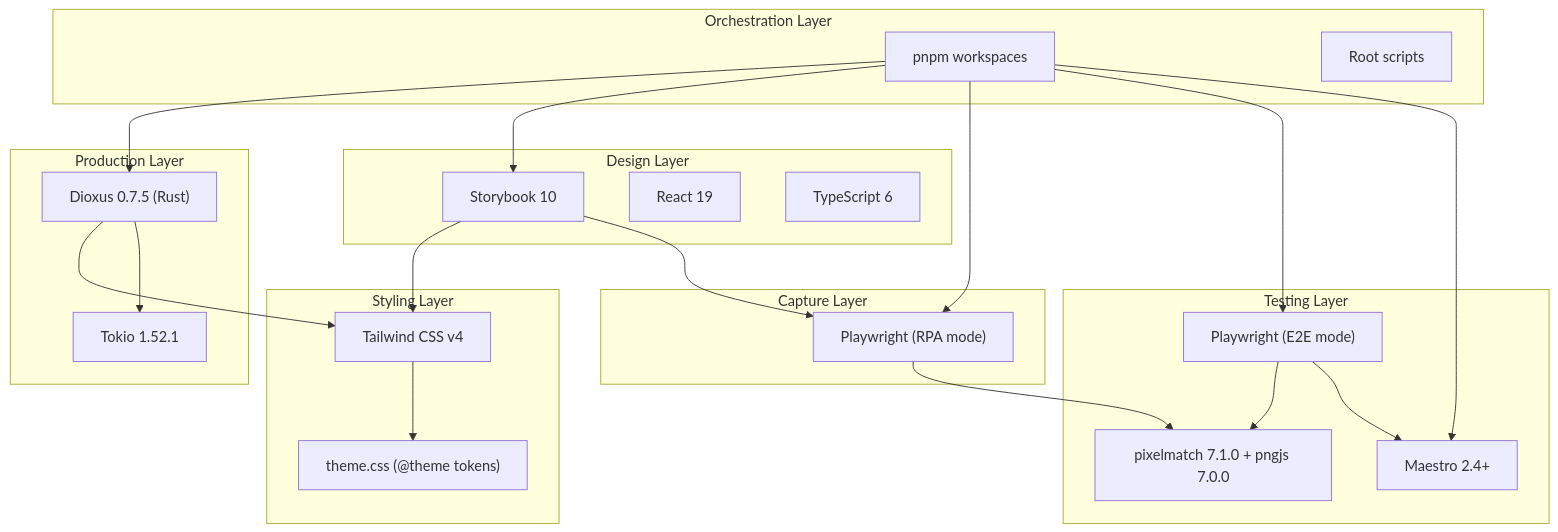
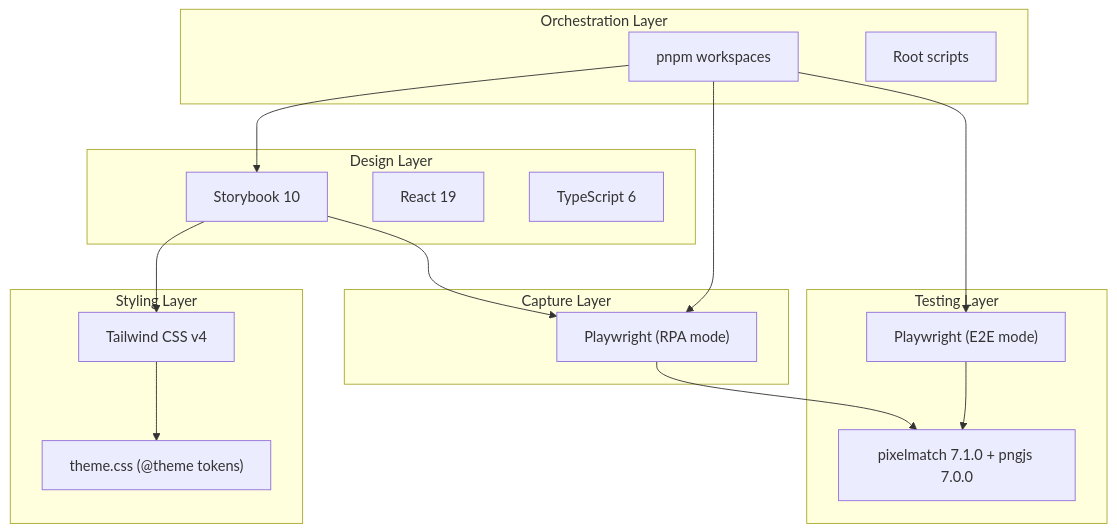
One commit to virgenherrera/Cross-UI-Template changed the fifth of 5 diagrams in docs/architecture.md. Above: the diagram before and after it, drawn with Mermaid. The commit also changed other lines of this file and 43 other files, not shown here.

````diff
--- a/docs/architecture.md
+++ b/docs/architecture.md
@@ -337,48 +285,37 @@
 ```mermaid
 %% Technology layers across the monorepo
 flowchart TD
-    subgraph Production Layer
-        DX["Dioxus 0.7.5 (Rust)"]
-        TK["Tokio 1.52.1"]
-    end
-
     subgraph Design Layer
         SB10["Storybook 10"]
         R19["React 19"]
         TS6["TypeScript 6"]
     end
 
     subgraph Styling Layer
         TW4["Tailwind CSS v4"]
         Theme["theme.css (@theme tokens)"]
     end
 
     subgraph Capture Layer
         PWRPA["Playwright (RPA mode)"]
     end
 
     subgraph Testing Layer
         PWE2E["Playwright (E2E mode)"]
         PM["pixelmatch 7.1.0 + pngjs 7.0.0"]
-        Maestro["Maestro 2.4+"]
     end
 
     subgraph Orchestration Layer
         PNPM["pnpm workspaces"]
         Scripts["Root scripts"]
     end
 
-    DX --> TW4
-    DX --> TK
     SB10 --> TW4
     TW4 --> Theme
     SB10 --> PWRPA
     PWRPA --> PM
     PWE2E --> PM
-    PWE2E --> Maestro
-    PNPM --> DX
     PNPM --> SB10
     PNPM --> PWRPA
     PNPM --> PWE2E
-    PNPM --> Maestro
 ```
````
